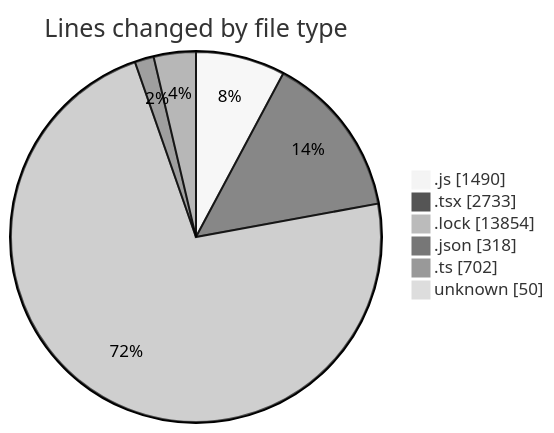
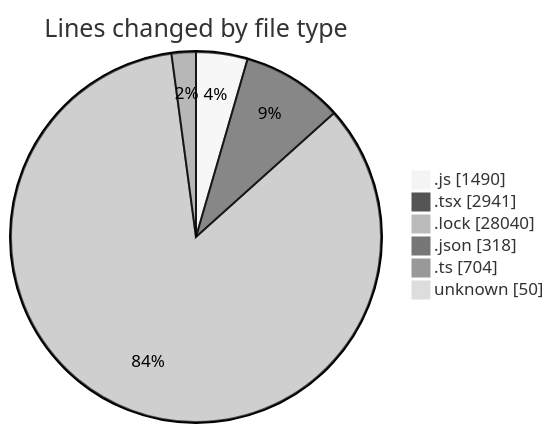
One commit to momahboobian/code-tracking changed the first of 2 diagrams in 2026-06-16/cda/README.md. Above: the diagram before and after it, drawn with Mermaid (neutral theme). The commit also changed other lines of this file and 1 other file, not shown here.

````diff
--- a/2026-06-16/cda/README.md
+++ b/2026-06-16/cda/README.md
@@ -44,10 +45,10 @@
 ```mermaid
 pie showData
 title Lines changed by file type
 ".js" : 1490
-".tsx" : 2733
-".lock" : 13854
+".tsx" : 2941
+".lock" : 28040
 ".json" : 318
-".ts" : 702
+".ts" : 704
 "unknown" : 50
 ```
````
